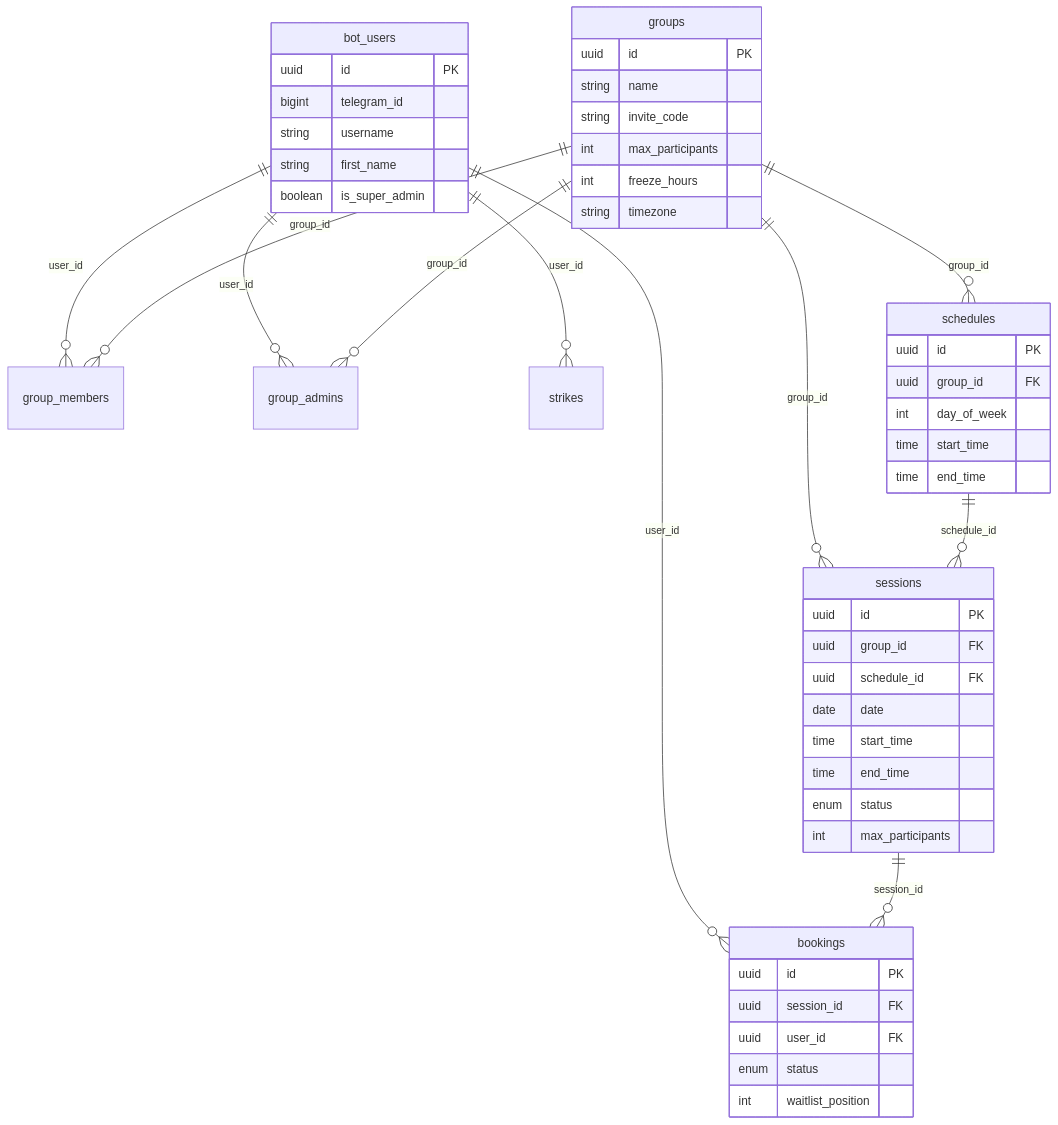
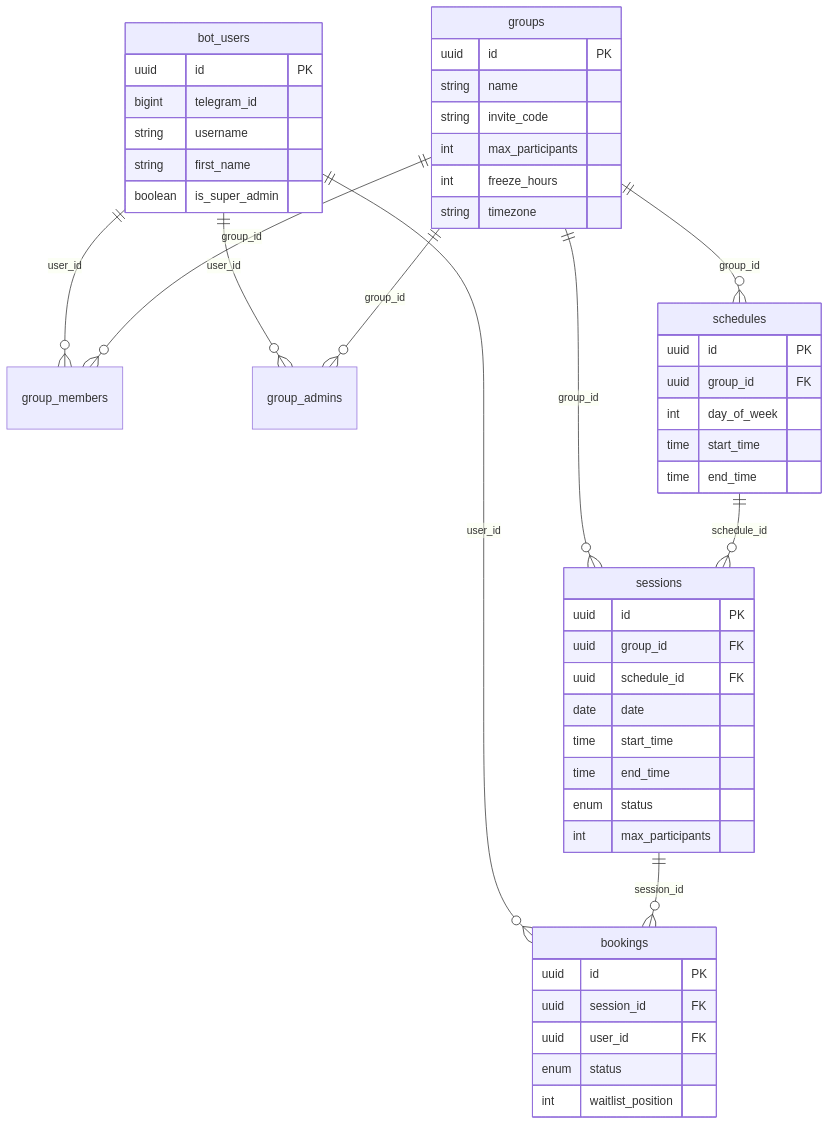
The third of 6 diagrams in docs/architecture.md (gt814/rally-buddy-89), drawn with Mermaid before and after one commit. The commit also changed other lines of this file and 6 other files, not shown here.

````diff
--- a/docs/architecture.md
+++ b/docs/architecture.md
@@ -70,60 +68,59 @@
 ```mermaid
 erDiagram
     bot_users ||--o{ group_members : "user_id"
     bot_users ||--o{ group_admins : "user_id"
     bot_users ||--o{ bookings : "user_id"
-    bot_users ||--o{ strikes : "user_id"
 
     groups ||--o{ group_members : "group_id"
     groups ||--o{ group_admins : "group_id"
     groups ||--o{ schedules : "group_id"
     groups ||--o{ sessions : "group_id"
 
     schedules ||--o{ sessions : "schedule_id"
 
     sessions ||--o{ bookings : "session_id"
 
     bot_users {
         uuid id PK
         bigint telegram_id
         string username
         string first_name
         boolean is_super_admin
     }
 
     groups {
         uuid id PK
         string name
         string invite_code
         int max_participants
         int freeze_hours
         string timezone
     }
 
     schedules {
         uuid id PK
         uuid group_id FK
         int day_of_week
         time start_time
         time end_time
     }
 
     sessions {
         uuid id PK
         uuid group_id FK
         uuid schedule_id FK
         date date
         time start_time
         time end_time
         enum status
         int max_participants
     }
 
     bookings {
         uuid id PK
         uuid session_id FK
         uuid user_id FK
         enum status
         int waitlist_position
     }
 ```
````
